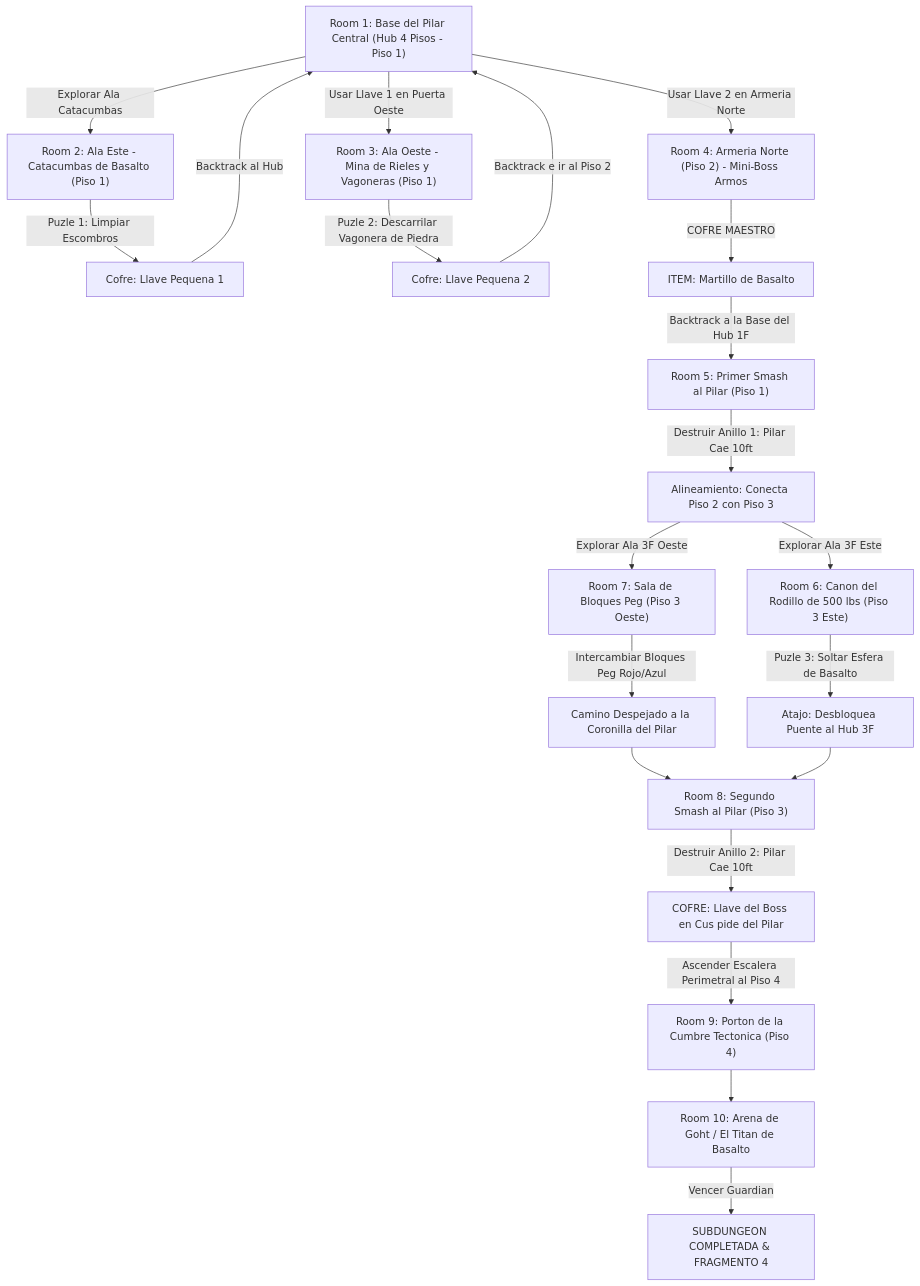
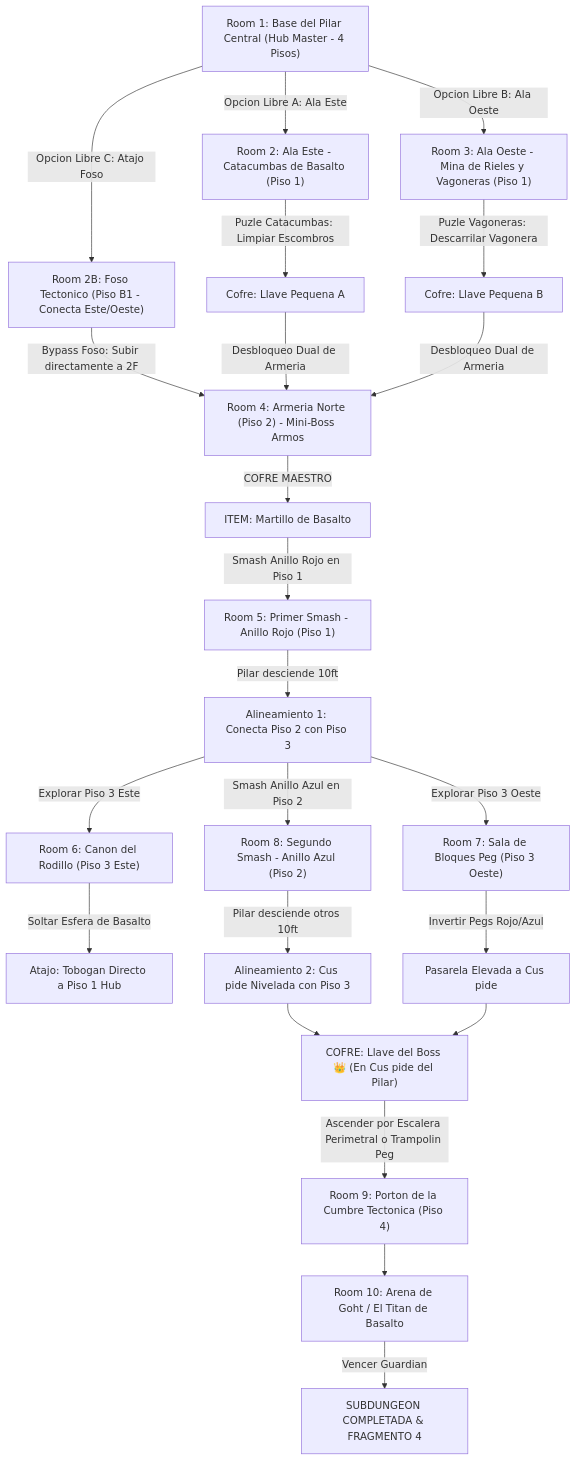
One commit to linkmati/ShivathLyss changed the diagram in 7 - DM/OneShots/ARepeat/Subdungeons/04_Subdungeon_Tierra_Dominio.md. Above: the diagram before and after it, drawn with Mermaid. The commit also changed other lines of this file and 1 other file, not shown here.

````diff
--- a/7 - DM/OneShots/ARepeat/Subdungeons/04_Subdungeon_Tierra_Dominio.md
+++ b/7 - DM/OneShots/ARepeat/Subdungeons/04_Subdungeon_Tierra_Dominio.md
@@ -15,29 +15,31 @@
 ```mermaid
 graph TD
-    S1["Room 1: Base del Pilar Central (Hub 4 Pisos - Piso 1)"] -->|Explorar Ala Catacumbas| S2["Room 2: Ala Este - Catacumbas de Basalto (Piso 1)"]
-    S2 -->|Puzle 1: Limpiar Escombros| S2_Key["Cofre: Llave Pequena 1"]
-    S2_Key -->|Backtrack al Hub| S1
+    S1["Room 1: Base del Pilar Central (Hub Master - 4 Pisos)"] -->|Opcion Libre A: Ala Este| S2["Room 2: Ala Este - Catacumbas de Basalto (Piso 1)"]
+    S1 -->|Opcion Libre B: Ala Oeste| S3["Room 3: Ala Oeste - Mina de Rieles y Vagoneras (Piso 1)"]
+    S1 -->|Opcion Libre C: Atajo Foso| S2_3_Foso["Room 2B: Foso Tectonico (Piso B1 - Conecta Este/Oeste)"]
     
-    S1 -->|Usar Llave 1 en Puerta Oeste| S3["Room 3: Ala Oeste - Mina de Rieles y Vagoneras (Piso 1)"]
-    S3 -->|Puzle 2: Descarrilar Vagonera de Piedra| S3_Key["Cofre: Llave Pequena 2"]
-    S3_Key -->|Backtrack e ir al Piso 2| S1
+    S2 -->|Puzle Catacumbas: Limpiar Escombros| S2_Key["Cofre: Llave Pequena A"]
+    S3 -->|Puzle Vagoneras: Descarrilar Vagonera| S3_Key["Cofre: Llave Pequena B"]
+    S2_3_Foso -->|Bypass Foso: Subir directamente a 2F| S4
     
-    S1 -->|Usar Llave 2 en Armeria Norte| S4["Room 4: Armeria Norte (Piso 2) - Mini-Boss Armos"]
+    S2_Key & S3_Key -->|Desbloqueo Dual de Armeria| S4["Room 4: Armeria Norte (Piso 2) - Mini-Boss Armos"]
     S4 -->|COFRE MAESTRO| Item["ITEM: Martillo de Basalto"]
     
-    Item -->|Backtrack a la Base del Hub 1F| S5["Room 5: Primer Smash al Pilar (Piso 1)"]
-    S5 -->|Destruir Anillo 1: Pilar Cae 10ft| S5_Align["Alineamiento: Conecta Piso 2 con Piso 3"]
+    Item -->|Smash Anillo Rojo en Piso 1| S5["Room 5: Primer Smash - Anillo Rojo (Piso 1)"]
+    S5 -->|Pilar desciende 10ft| Align1["Alineamiento 1: Conecta Piso 2 con Piso 3"]
     
-    S5_Align -->|Explorar Ala 3F Este| S6["Room 6: Canon del Rodillo de 500 lbs (Piso 3 Este)"]
-    S6 -->|Puzle 3: Soltar Esfera de Basalto| S6_Shortcut["Atajo: Desbloquea Puente al Hub 3F"]
+    Align1 -->|Explorar Piso 3 Este| S6["Room 6: Canon del Rodillo (Piso 3 Este)"]
+    Align1 -->|Explorar Piso 3 Oeste| S7["Room 7: Sala de Bloques Peg (Piso 3 Oeste)"]
     
-    S5_Align -->|Explorar Ala 3F Oeste| S7["Room 7: Sala de Bloques Peg (Piso 3 Oeste)"]
-    S7 -->|Intercambiar Bloques Peg Rojo/Azul| S7_Align["Camino Despejado a la Coronilla del Pilar"]
+    S6 -->|Soltar Esfera de Basalto| Shortcut1["Atajo: Tobogan Directo a Piso 1 Hub"]
+    S7 -->|Invertir Pegs Rojo/Azul| Bridge1["Pasarela Elevada a Cus pide"]
     
-    S7_Align & S6_Shortcut --> S8["Room 8: Segundo Smash al Pilar (Piso 3)"]
-    S8 -->|Destruir Anillo 2: Pilar Cae 10ft| BossKey["COFRE: Llave del Boss en Cus pide del Pilar"]
+    Align1 -->|Smash Anillo Azul en Piso 2| S8["Room 8: Segundo Smash - Anillo Azul (Piso 2)"]
+    S8 -->|Pilar desciende otros 10ft| Align2["Alineamiento 2: Cus pide Nivelada con Piso 3"]
     
-    BossKey -->|Ascender Escalera Perimetral al Piso 4| S9["Room 9: Porton de la Cumbre Tectonica (Piso 4)"]
+    Align2 & Bridge1 --> BossKey["COFRE: Llave del Boss 👑 (En Cus pide del Pilar)"]
+    
+    BossKey -->|Ascender por Escalera Perimetral o Trampolin Peg| S9["Room 9: Porton de la Cumbre Tectonica (Piso 4)"]
     S9 --> S10["Room 10: Arena de Goht / El Titan de Basalto"]
     S10 -->|Vencer Guardian| Win["SUBDUNGEON COMPLETADA & FRAGMENTO 4"]
 ```
````
